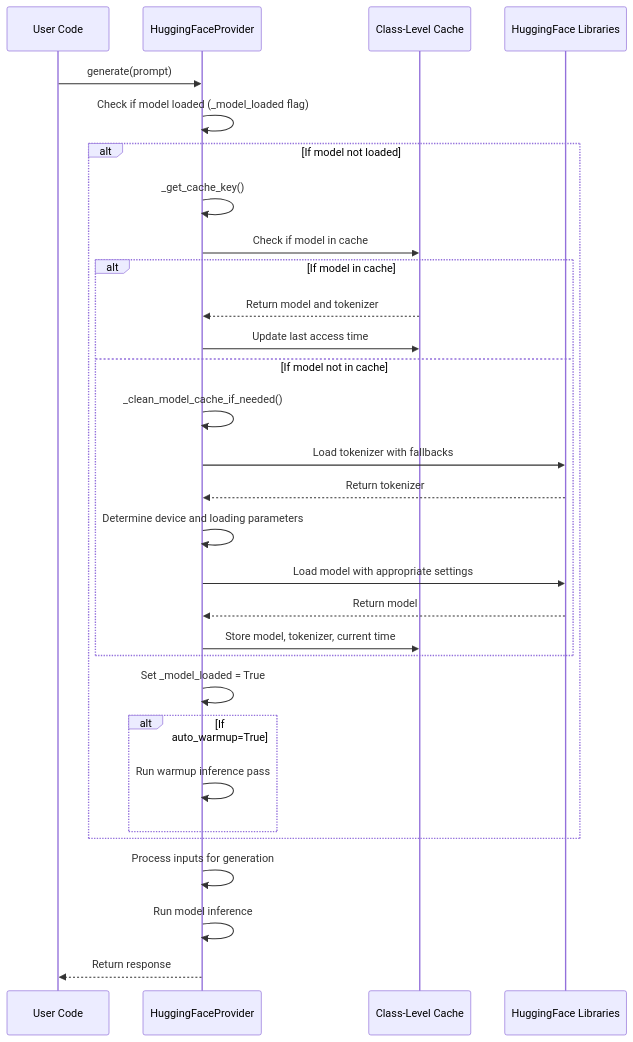
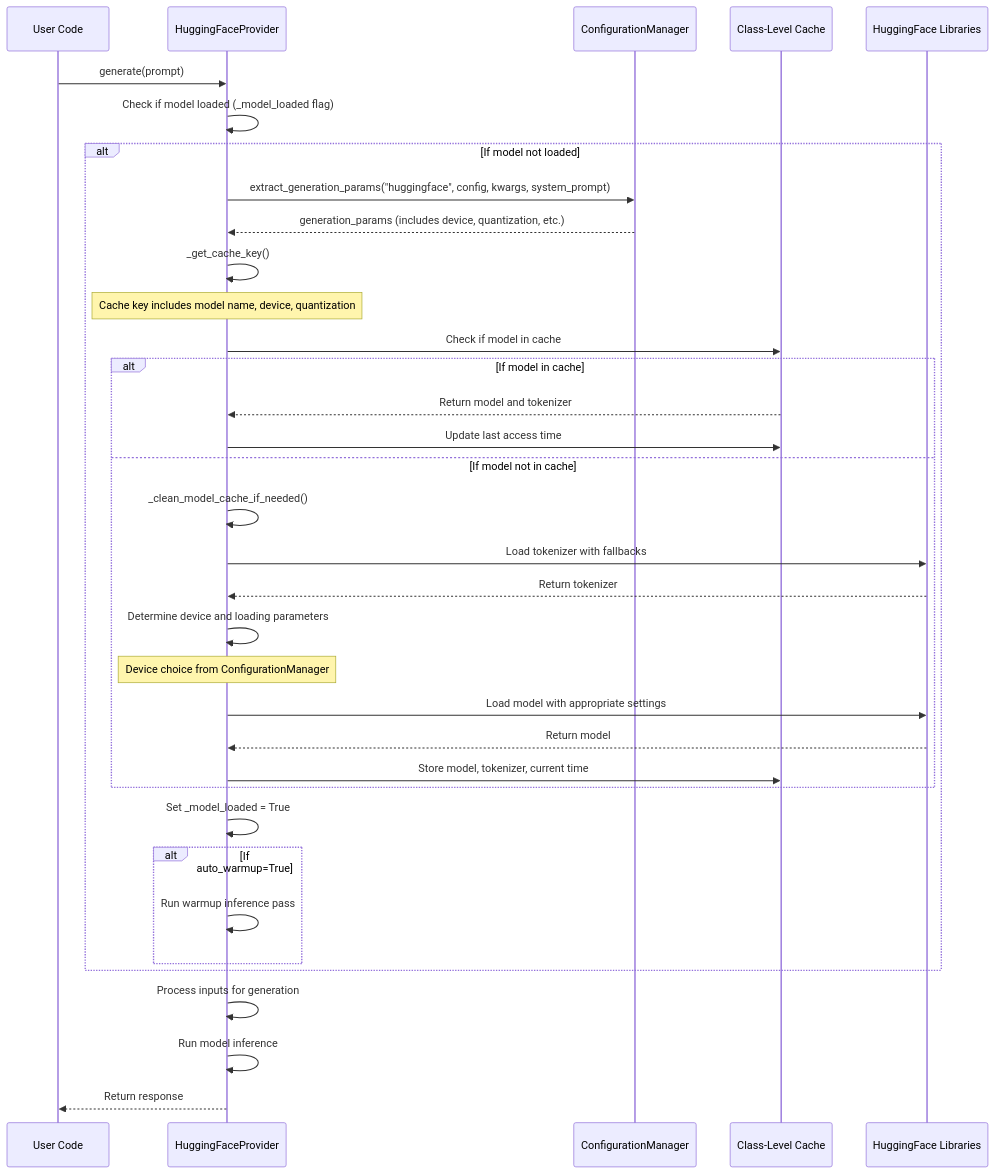
One commit to lpalbou/AbstractLLM changed the third of 9 diagrams in docs/data_flow.md. Above: the diagram before and after it, drawn with Mermaid. The commit also changed other lines of this file and 32 other files, not shown here.

````diff
--- a/docs/data_flow.md
+++ b/docs/data_flow.md
@@ -102,43 +113,50 @@
 ```mermaid
 sequenceDiagram
     participant User as User Code
     participant Provider as HuggingFaceProvider
+    participant ConfigMgr as ConfigurationManager
     participant Cache as Class-Level Cache
     participant HF as HuggingFace Libraries
     
     User->>Provider: generate(prompt)
     
     Provider->>Provider: Check if model loaded (_model_loaded flag)
     
     alt If model not loaded
+        Provider->>ConfigMgr: extract_generation_params("huggingface", config, kwargs, system_prompt)
+        ConfigMgr-->>Provider: generation_params (includes device, quantization, etc.)
+        
         Provider->>Provider: _get_cache_key()
+        Note over Provider: Cache key includes model name, device, quantization
+        
         Provider->>Cache: Check if model in cache
         
         alt If model in cache
             Cache-->>Provider: Return model and tokenizer
             Provider->>Cache: Update last access time
         else If model not in cache
             Provider->>Provider: _clean_model_cache_if_needed()
             
             Provider->>HF: Load tokenizer with fallbacks
             HF-->>Provider: Return tokenizer
             
             Provider->>Provider: Determine device and loading parameters
+            Note over Provider: Device choice from ConfigurationManager
             
             Provider->>HF: Load model with appropriate settings
             HF-->>Provider: Return model
             
             Provider->>Cache: Store model, tokenizer, current time
         end
         
         Provider->>Provider: Set _model_loaded = True
         
         alt If auto_warmup=True
             Provider->>Provider: Run warmup inference pass
         end
     end
     
     Provider->>Provider: Process inputs for generation
     Provider->>Provider: Run model inference
     Provider-->>User: Return response
 ```
````
